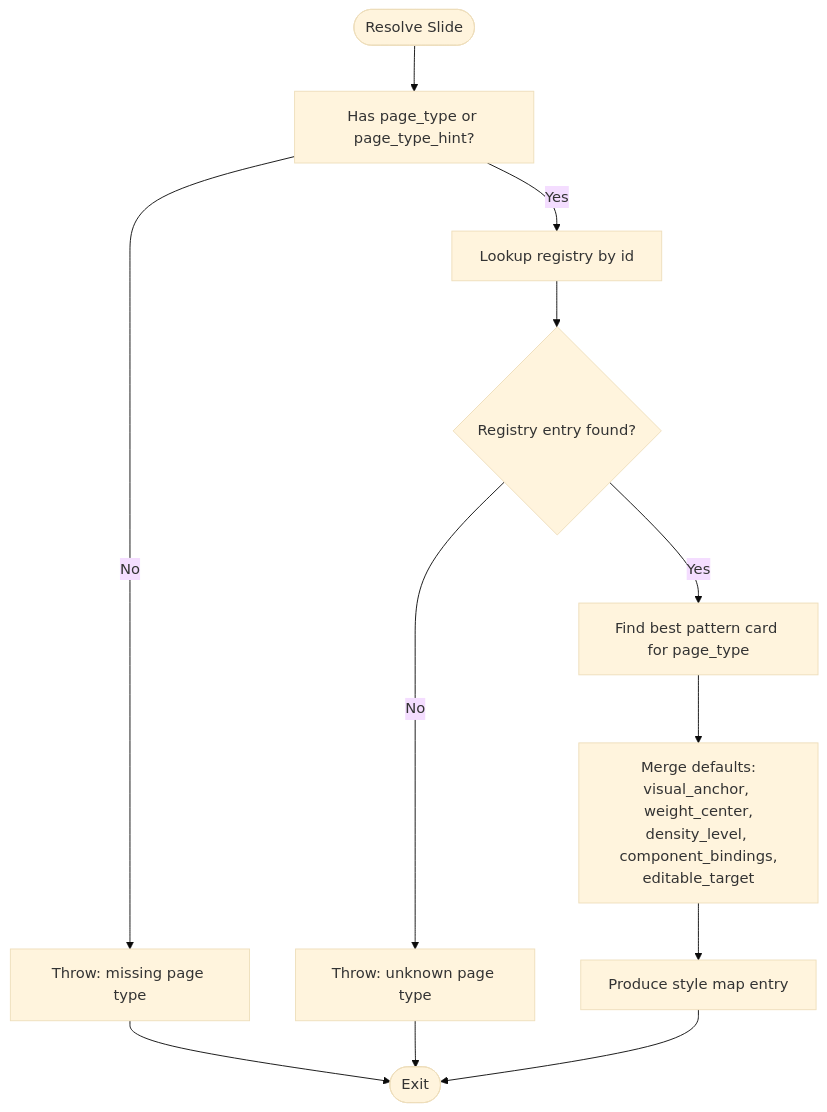
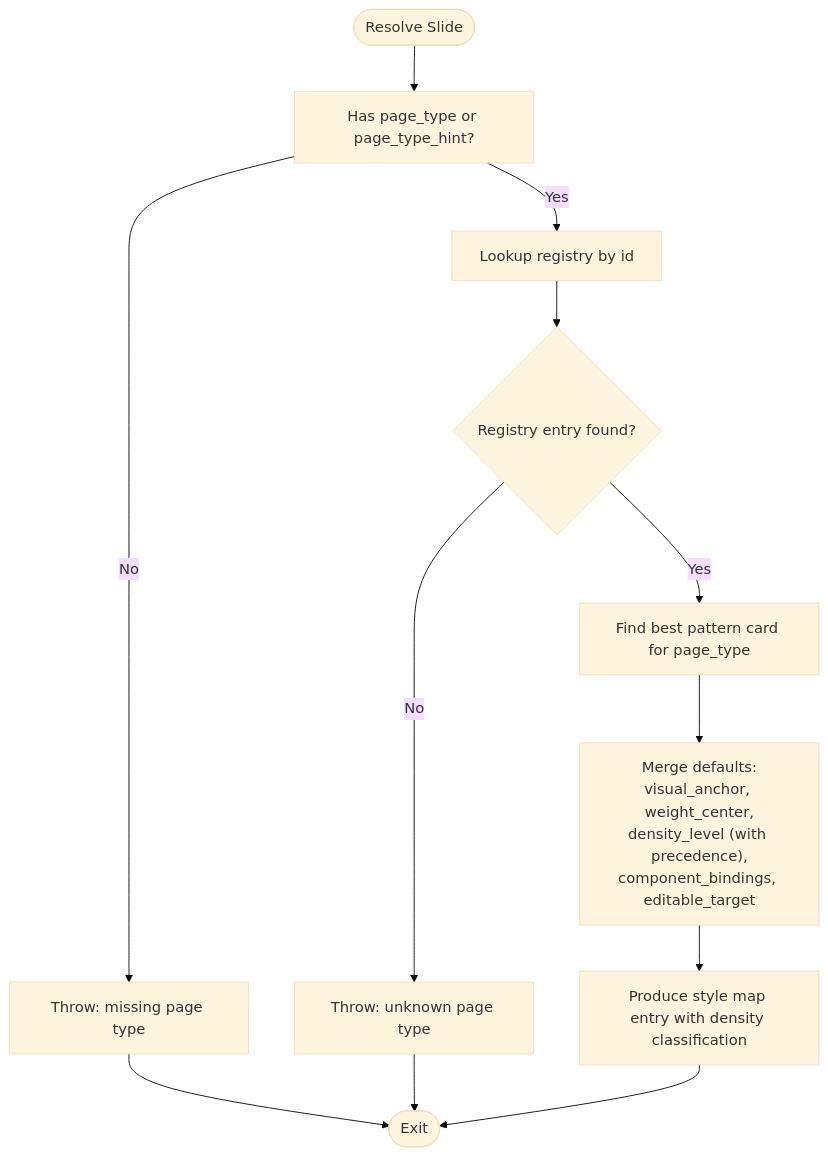
One commit to brantzh6/deepPPT changed the third of 4 diagrams in .qoder/repowiki/en/content/Style System/Style System.md. Above: the diagram before and after it, drawn with Mermaid (base theme). The commit also changed other lines of this file and 6 other files, not shown here.

Commit message:
Redesign layered_architecture_stack with modern control panel style

````diff
--- a/.qoder/repowiki/en/content/Style System/Style System.md
+++ b/.qoder/repowiki/en/content/Style System/Style System.md
@@ -223,14 +237,14 @@
 ```mermaid
 flowchart TD
 Start(["Resolve Slide"]) --> CheckPT["Has page_type or page_type_hint?"]
 CheckPT --> |No| ErrorPT["Throw: missing page type"]
 CheckPT --> |Yes| LookupRT["Lookup registry by id"]
 LookupRT --> FoundRT{"Registry entry found?"}
 FoundRT --> |No| ErrorRT["Throw: unknown page type"]
 FoundRT --> |Yes| FindPat["Find best pattern card for page_type"]
-FindPat --> MergeDefaults["Merge defaults:<br/>visual_anchor, weight_center,<br/>density_level, component_bindings,<br/>editable_target"]
-MergeDefaults --> Output["Produce style map entry"]
+FindPat --> MergeDefaults["Merge defaults:<br/>visual_anchor, weight_center,<br/>density_level (with precedence),<br/>component_bindings, editable_target"]
+MergeDefaults --> Output["Produce style map entry with density classification"]
 ErrorPT --> End(["Exit"])
 ErrorRT --> End
 Output --> End
 ```
````
